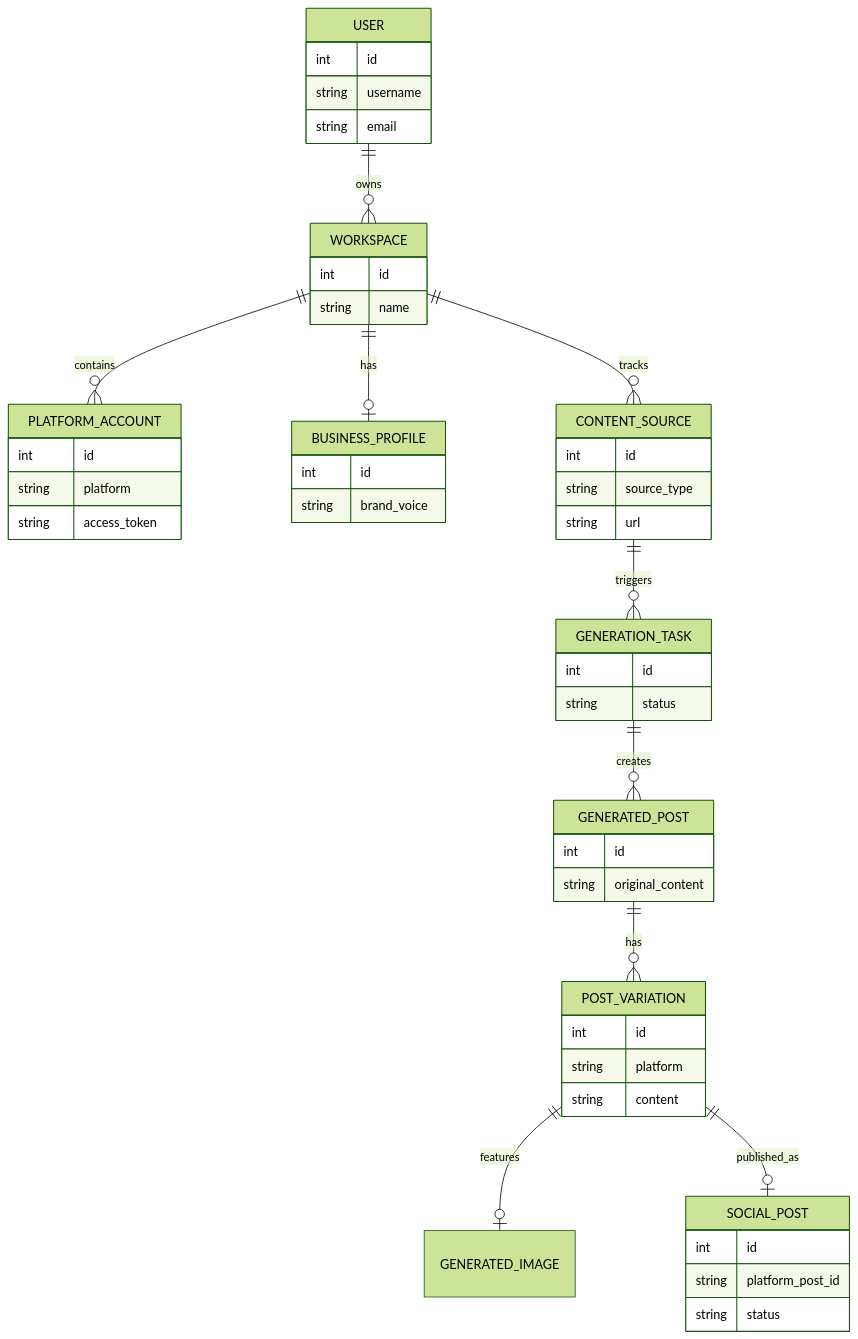
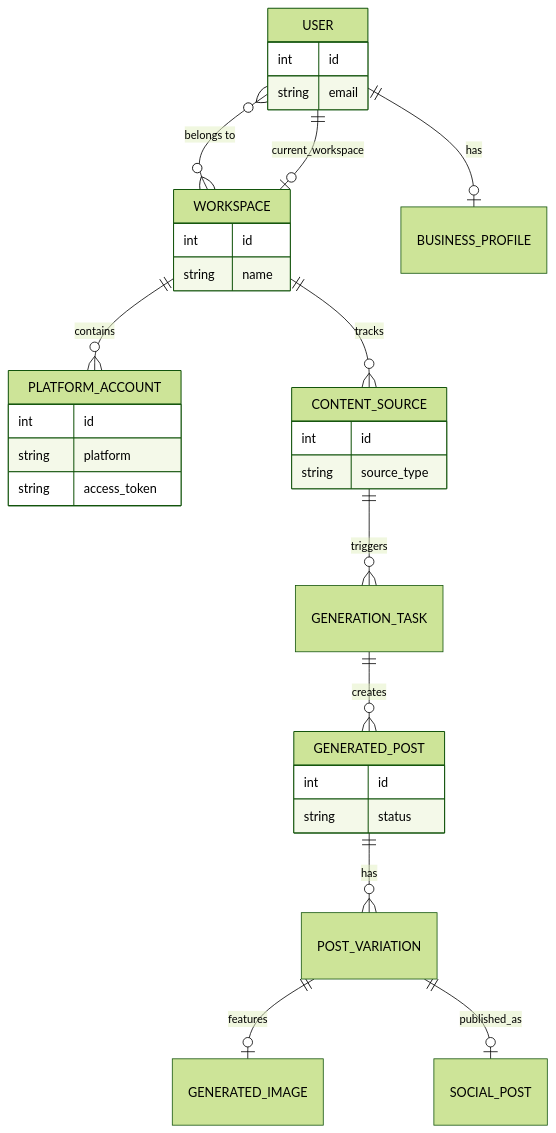
Before and after one commit to akshitsharmacodes/CruiseContent: the third of 3 diagrams in README.md, drawn with Mermaid (forest theme). The commit also changed other lines of this file, not shown here.

Commit message:
docs: update architecture diagrams and developer setup guide

````diff
--- a/README.md
+++ b/README.md
@@ -149,54 +75,35 @@
 ```mermaid
 erDiagram
-    USER ||--o{ WORKSPACE : "owns"
+    USER }o--o{ WORKSPACE : "belongs to"
+    USER ||--o| WORKSPACE : "current_workspace"
+    USER ||--o| BUSINESS_PROFILE : "has"
     WORKSPACE ||--o{ PLATFORM_ACCOUNT : "contains"
-    WORKSPACE ||--o| BUSINESS_PROFILE : "has"
     WORKSPACE ||--o{ CONTENT_SOURCE : "tracks"
     CONTENT_SOURCE ||--o{ GENERATION_TASK : "triggers"
     GENERATION_TASK ||--o{ GENERATED_POST : "creates"
     GENERATED_POST ||--o{ POST_VARIATION : "has"
     POST_VARIATION ||--o| GENERATED_IMAGE : "features"
     POST_VARIATION ||--o| SOCIAL_POST : "published_as"
 
     USER {
         int id
-        string username
         string email
     }
     WORKSPACE {
         int id
         string name
     }
     PLATFORM_ACCOUNT {
         int id
         string platform
         string access_token
     }
-    BUSINESS_PROFILE {
-        int id
-        string brand_voice
-    }
     CONTENT_SOURCE {
         int id
         string source_type
-        string url
     }
-    GENERATION_TASK {
+    GENERATED_POST {
         int id
         string status
     }
-    GENERATED_POST {
-        int id
-        string original_content
-    }
-    POST_VARIATION {
-        int id
-        string platform
-        string content
-    }
-    SOCIAL_POST {
-        int id
-        string platform_post_id
-        string status
-    }
 ```
````
